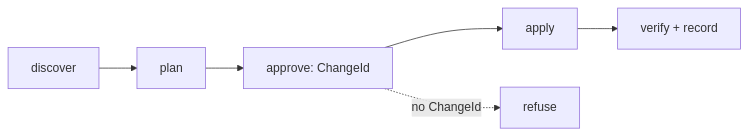
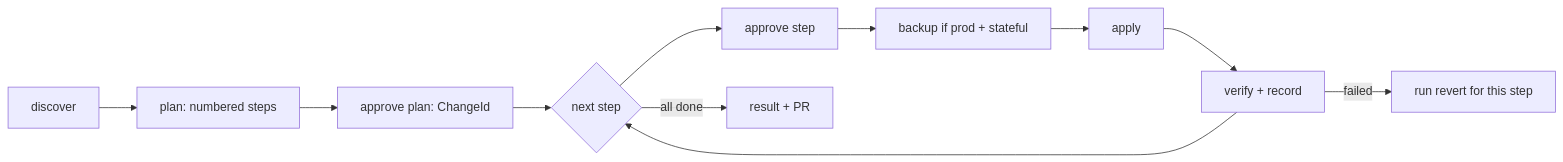
One commit to llipe/dev-tasks changed the diagram in docs/requirements/prd-infra-engineer.md. Above: the diagram before and after it, drawn with Mermaid. The commit also changed other lines of this file, not shown here.

First line of the commit message:
docs: infra-engineer PRD v1.2 with step-gated execution and pipeline ownership

````diff
--- a/docs/requirements/prd-infra-engineer.md
+++ b/docs/requirements/prd-infra-engineer.md
@@ -28,5 +28,8 @@
 ```mermaid
 graph LR
-  D[discover] --> P[plan] --> A[approve: ChangeId] --> X[apply] --> R[verify + record]
-  A -. no ChangeId .-> STOP[refuse]
+  D[discover] --> P[plan: numbered steps] --> C[approve plan: ChangeId]
+  C --> S{next step}
+  S --> A[approve step] --> B[backup if prod + stateful] --> X[apply] --> V[verify + record] --> S
+  S -- all done --> R[result + PR]
+  V -- failed --> RB[run revert for this step]
 ```
````
